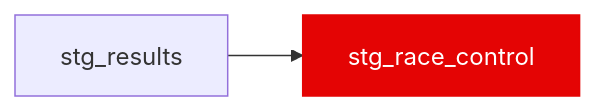
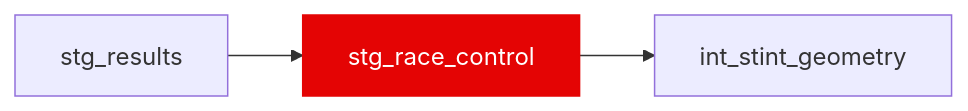
The diagram in docs/reference/models/stg/stg_race_control.mdx (JustinClarke/off-the-pace), drawn with Mermaid before and after one commit. The commit also changed other lines of this file and 286 other files, not shown here.

````diff
--- a/docs/reference/models/stg/stg_race_control.mdx
+++ b/docs/reference/models/stg/stg_race_control.mdx
@@ -16,5 +16,6 @@
 ```mermaid
 flowchart LR
   stg_results --> stg_race_control
+  stg_race_control --> int_stint_geometry
   style stg_race_control fill:#e40404,stroke:#e40404,color:#fff
 ```
````
